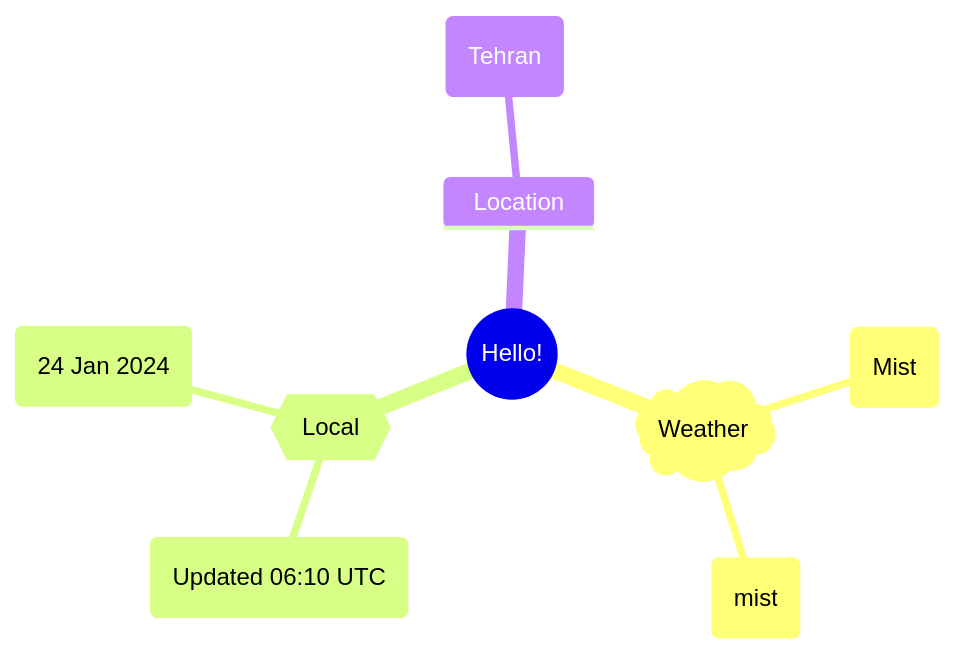
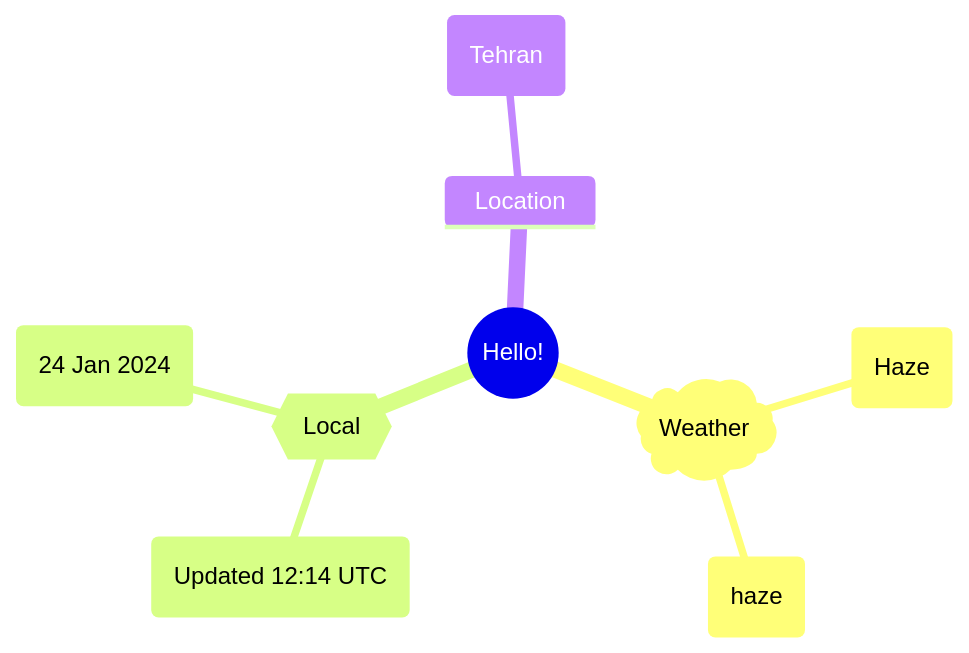
The first of 2 diagrams in README.md (Xosrov/Xosrov), drawn with Mermaid before and after one commit.

Commit message:
[bot] updated images

````diff
--- a/README.md
+++ b/README.md
@@ -3,12 +3,12 @@
 ```mermaid
 mindmap
   root((Hello!))
     )Weather(
-        (Mist)
-        (mist)
+        (Haze)
+        (haze)
     {{Local}}
-        (Updated 06:10 UTC)
+        (Updated 12:14 UTC)
         (24 Jan 2024)
     Location
         (Tehran)
 ```
````
